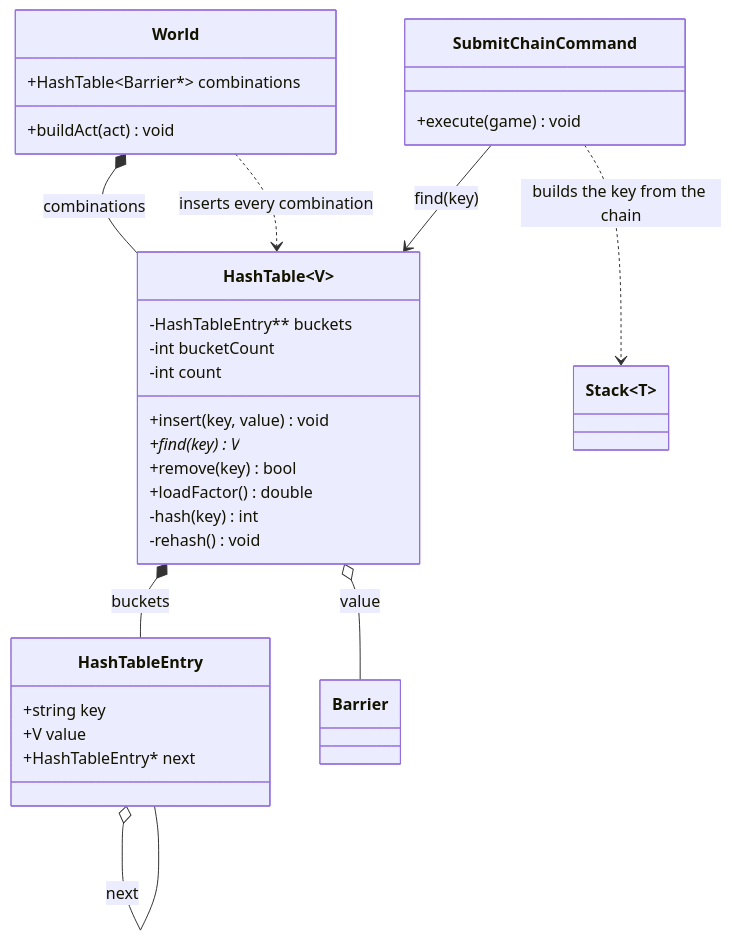
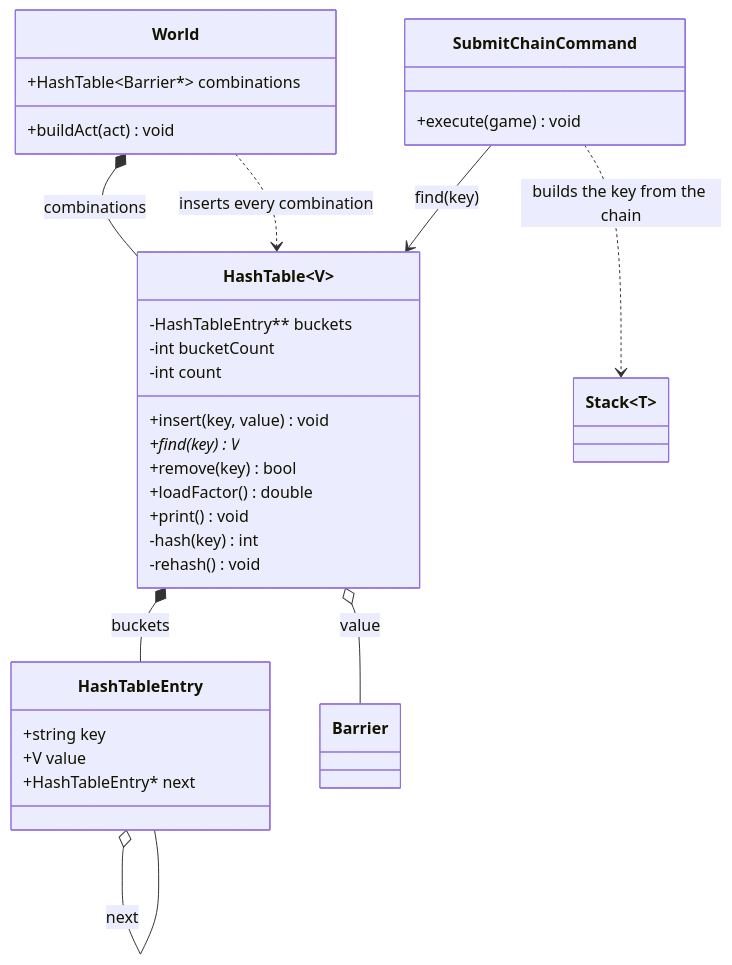
One commit to Lawrensu/Deviant changed the fourth of 11 diagrams in docs/class_diagram.md. Above: the diagram before and after it, drawn with Mermaid. The commit also changed other lines of this file and 4 other files, not shown here.

````diff
--- a/docs/class_diagram.md
+++ b/docs/class_diagram.md
@@ -157,36 +157,37 @@
 ```mermaid
 classDiagram
     class HashTable~V~ {
         -HashTableEntry** buckets
         -int bucketCount
         -int count
         +insert(key, value) void
         +find(key) V*
         +remove(key) bool
         +loadFactor() double
+        +print() void
         -hash(key) int
         -rehash() void
     }
     class HashTableEntry {
         +string key
         +V value
         +HashTableEntry* next
     }
     class World {
         +HashTable~Barrier*~ combinations
         +buildAct(act) void
     }
     class SubmitChainCommand {
         +execute(game) void
     }
     class Barrier
     class Stack~T~
 
     HashTable *-- HashTableEntry : buckets
     HashTableEntry o-- HashTableEntry : next
     World *-- HashTable : combinations
     World ..> HashTable : inserts every combination
     SubmitChainCommand ..> Stack : builds the key from the chain
     SubmitChainCommand --> HashTable : find(key)
     HashTable o-- Barrier : value
 ```
````
